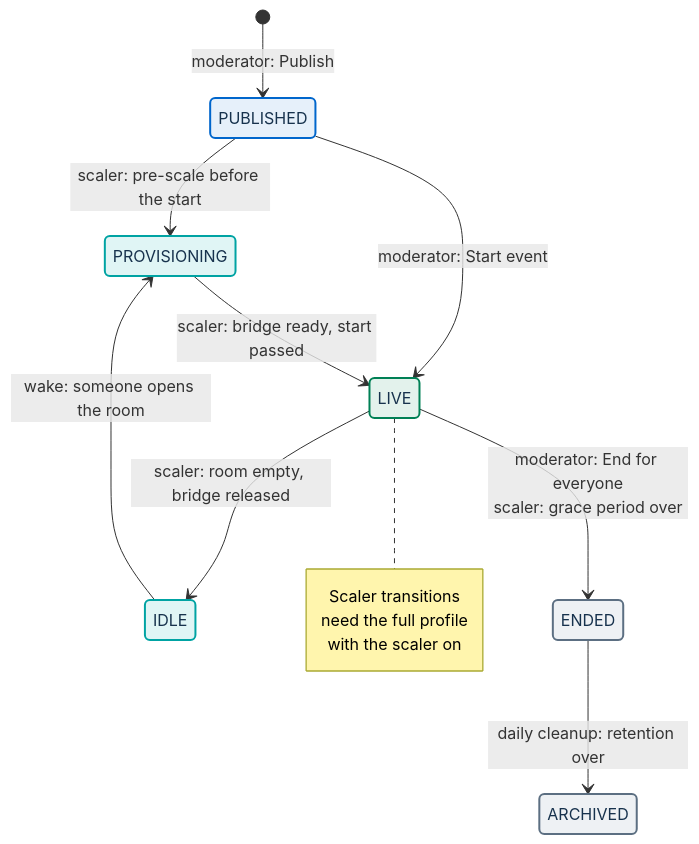
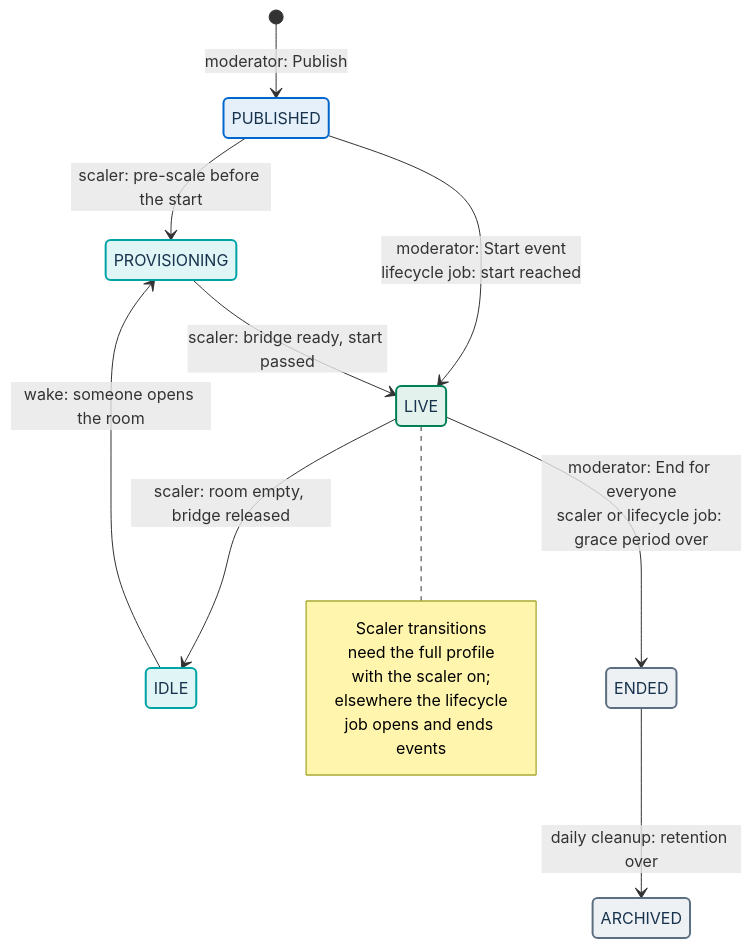
The fourth of 6 diagrams in README.md (italia/pa-webinar), drawn with Mermaid before and after one commit. The commit also changed other lines of this file and 45 other files, not shown here.

````diff
--- a/README.md
+++ b/README.md
@@ -233,24 +233,26 @@
 ```mermaid
 stateDiagram-v2
   classDef human fill:#E6F0FA,stroke:#0066CC,stroke-width:2px,color:#17324D
   classDef auto fill:#E0F5F5,stroke:#00A3A3,stroke-width:2px,color:#17324D
   classDef live fill:#E3F2EC,stroke:#008055,stroke-width:2px,color:#17324D
   classDef terminal fill:#EEF1F4,stroke:#5C6F82,stroke-width:2px,color:#17324D
   [*] --> PUBLISHED : moderator: Publish
   PUBLISHED --> PROVISIONING : scaler: pre-scale before the start
-  PUBLISHED --> LIVE : moderator: Start event
+  PUBLISHED --> LIVE : moderator: Start event<br/>lifecycle job: start reached
   PROVISIONING --> LIVE : scaler: bridge ready, start passed
   LIVE --> IDLE : scaler: room empty, bridge released
   IDLE --> PROVISIONING : wake: someone opens the room
-  LIVE --> ENDED : moderator: End for everyone<br/>scaler: grace period over
+  LIVE --> ENDED : moderator: End for everyone<br/>scaler or lifecycle job: grace period over
   ENDED --> ARCHIVED : daily cleanup: retention over
   note right of LIVE
     Scaler transitions
     need the full profile
-    with the scaler on
+    with the scaler on;
+    elsewhere the lifecycle
+    job opens and ends events
   end note
   class PUBLISHED human
   class PROVISIONING,IDLE auto
   class LIVE live
   class ENDED,ARCHIVED terminal
 ```
````
